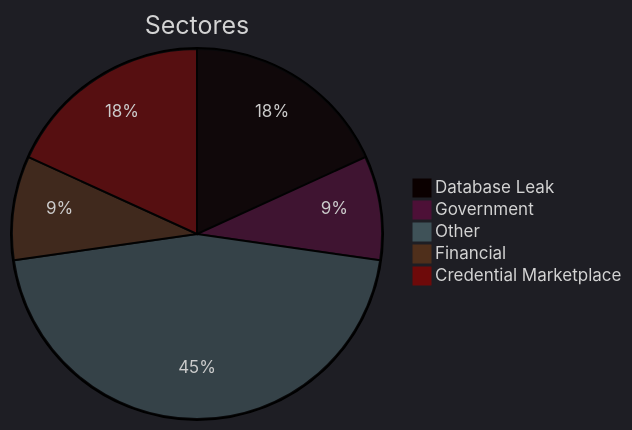
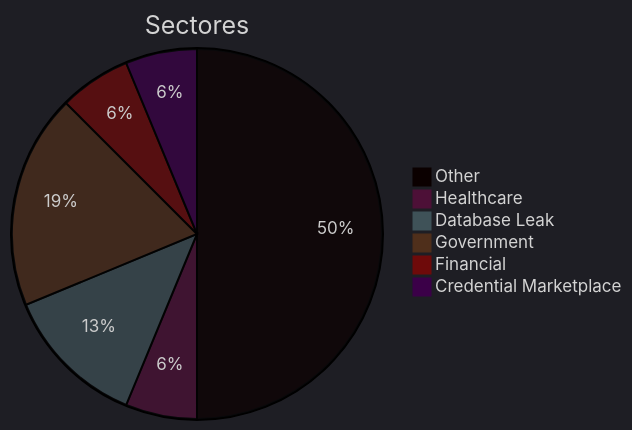
The second of 5 diagrams in exfiltradaz.md (ZoqueLabs/website), drawn with Mermaid before and after one commit. The commit also changed other lines of this file, not shown here.

````diff
--- a/exfiltradaz.md
+++ b/exfiltradaz.md
@@ -56,12 +58,13 @@
 ```mermaid
 ---
 config:
   theme: dark
 ---
 pie title Sectores
+  "Other" : 8
+  "Healthcare" : 1
   "Database Leak" : 2
-  "Government" : 1
-  "Other" : 5
+  "Government" : 3
   "Financial" : 1
-  "Credential Marketplace" : 2
+  "Credential Marketplace" : 1
 ```
````
